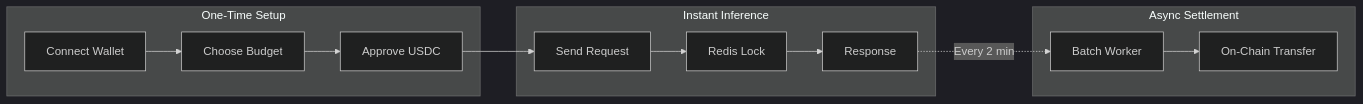
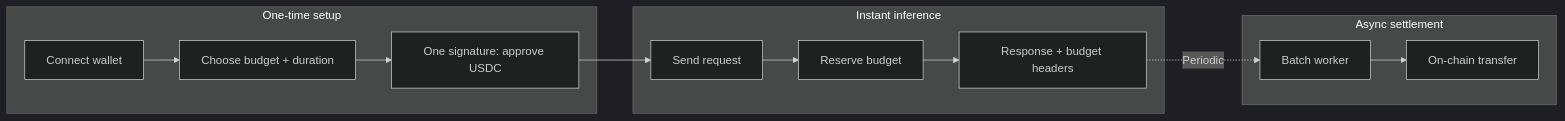
The diagram in concepts/sessions.mdx (compose-market/docs), drawn with Mermaid (dark theme) before and after one commit. The commit also changed other lines of this file and 57 other files, not shown here.

````diff
--- a/concepts/sessions.mdx
+++ b/concepts/sessions.mdx
@@ -10,16 +10,16 @@
 ```mermaid
 flowchart LR
-    subgraph "One-Time Setup"
-        A[Connect Wallet] --> B[Choose Budget]
-        B --> C[Approve USDC]
+    subgraph "One-time setup"
+        A[Connect wallet] --> B[Choose budget + duration]
+        B --> C[One signature: approve USDC]
     end
-    subgraph "Instant Inference"
-        D[Send Request] --> E[Redis Lock]
-        E --> F[Response]
+    subgraph "Instant inference"
+        D[Send request] --> E[Reserve budget]
+        E --> F[Response + budget headers]
     end
-    subgraph "Async Settlement"
-        G[Batch Worker] --> H[On-Chain Transfer]
+    subgraph "Async settlement"
+        G[Batch worker] --> H[On-chain transfer]
     end
     C --> D
-    F -.->|Every 2 min| G
+    F -.->|Periodic| G
 ```
````
